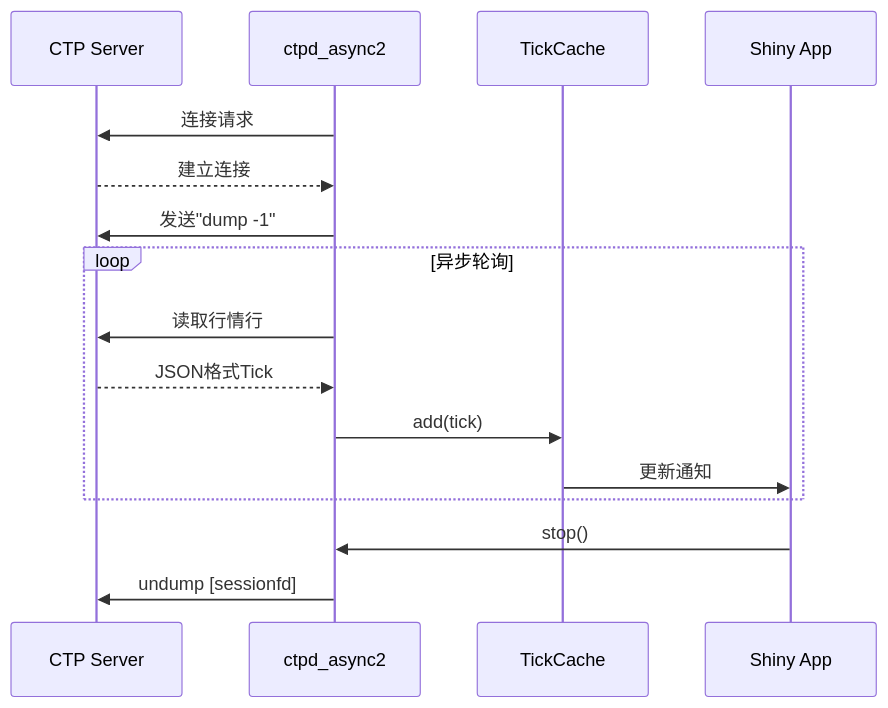
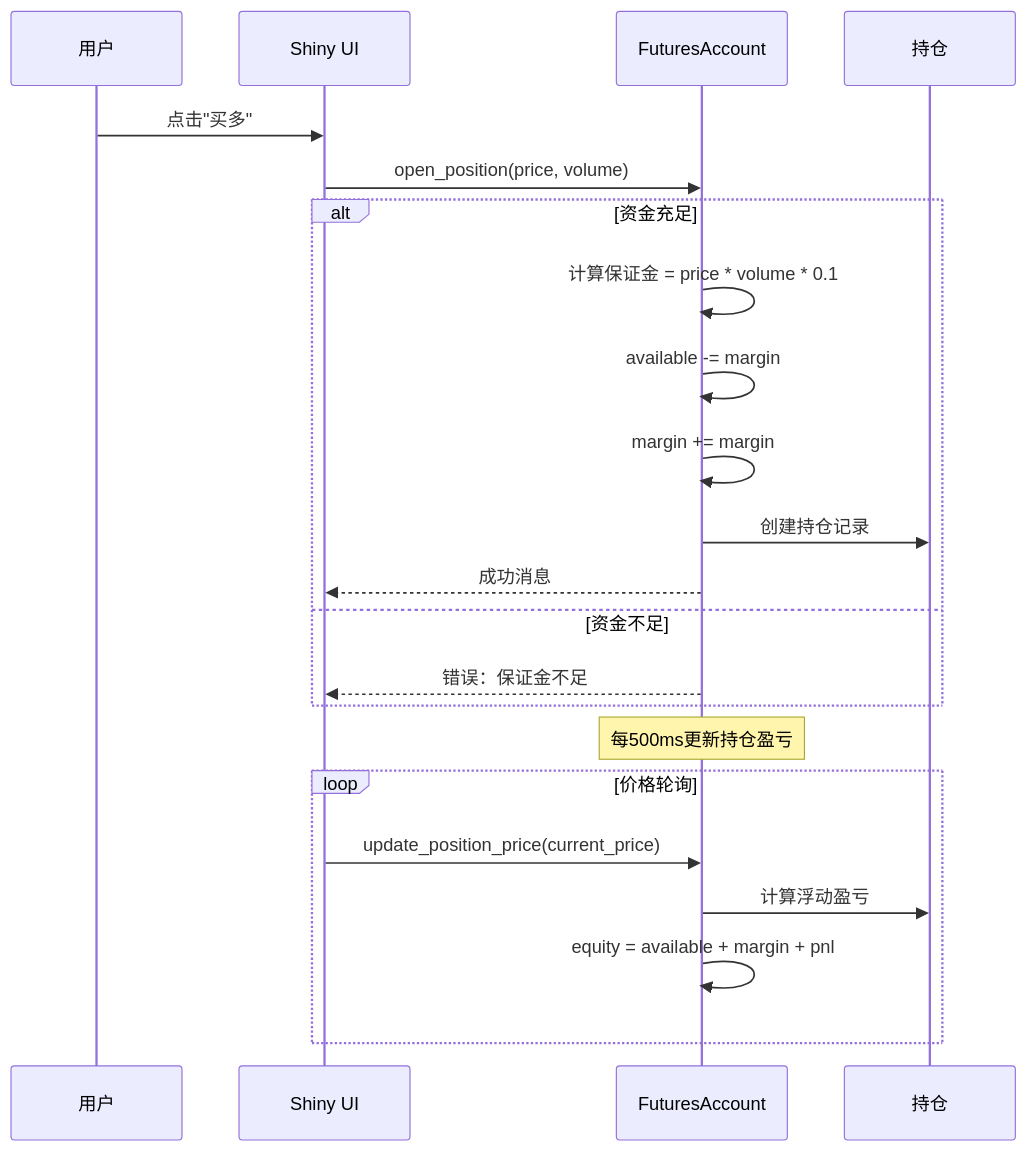
One commit to gbench/malonylcoa changed the second of 8 diagrams in src/main/r/rws/projs/ctp/shinyapps/app11/readme.md. Above: the diagram before and after it, drawn with Mermaid. The commit also changed other lines of this file, not shown here.

````diff
--- a/src/main/r/rws/projs/ctp/shinyapps/app11/readme.md
+++ b/src/main/r/rws/projs/ctp/shinyapps/app11/readme.md
@@ -112,21 +238,28 @@
 ```mermaid
 sequenceDiagram
-    participant CTP as CTP Server
-    participant Client as ctpd_async2
-    participant Cache as TickCache
-    participant App as Shiny App
+    participant User as 用户
+    participant UI as Shiny UI
+    participant Account as FuturesAccount
+    participant Position as 持仓
     
-    Client->>CTP: 连接请求
-    CTP-->>Client: 建立连接
-    Client->>CTP: 发送"dump -1"
+    User->>UI: 点击"买多"
+    UI->>Account: open_position(price, volume)
     
-    loop 异步轮询
-        Client->>CTP: 读取行情行
-        CTP-->>Client: JSON格式Tick
-        Client->>Cache: add(tick)
-        Cache->>App: 更新通知
+    alt 资金充足
+        Account->>Account: 计算保证金 = price * volume * 0.1
+        Account->>Account: available -= margin
+        Account->>Account: margin += margin
+        Account->>Position: 创建持仓记录
+        Account-->>UI: 成功消息
+    else 资金不足
+        Account-->>UI: 错误：保证金不足
     end
     
-    App->>Client: stop()
-    Client->>CTP: undump [sessionfd]
+    Note over Account: 每500ms更新持仓盈亏
+    
+    loop 价格轮询
+        UI->>Account: update_position_price(current_price)
+        Account->>Position: 计算浮动盈亏
+        Account->>Account: equity = available + margin + pnl
+    end
 ```
````
